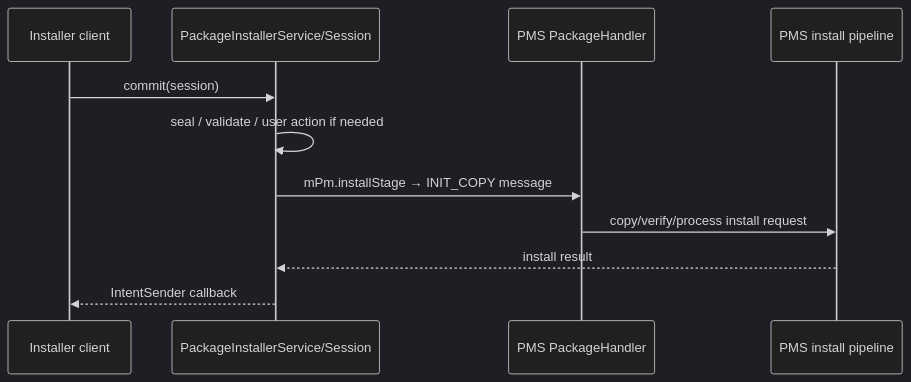
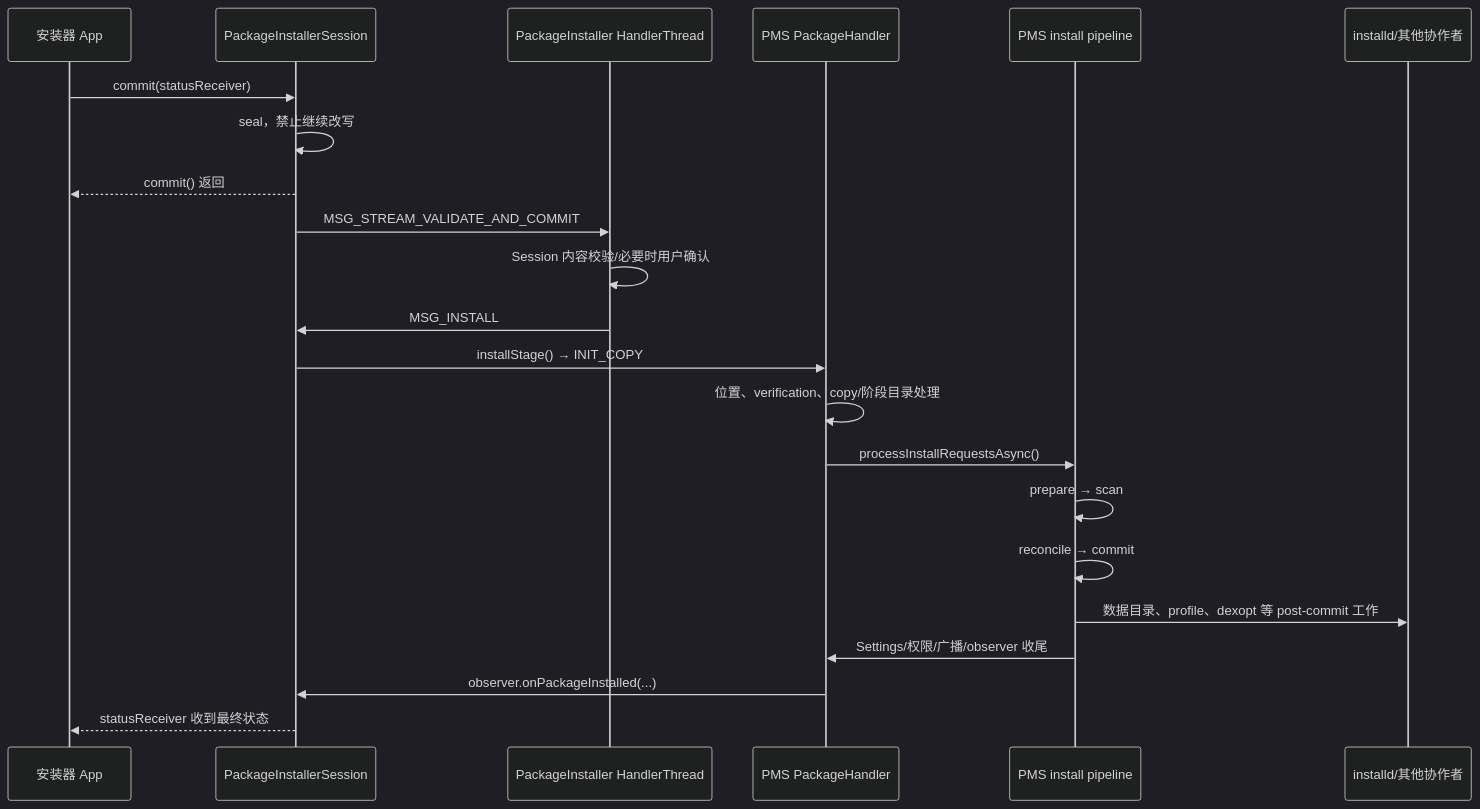
Before and after one commit to junyingzhao001/StudyNotes: the second of 2 diagrams in Android源码学习/13-PackageManagerService包管理与APK安装.md, drawn with Mermaid (dark theme). The commit also changed other lines of this file and 93 other files, not shown here.

````diff
--- a/Android源码学习/13-PackageManagerService包管理与APK安装.md
+++ b/Android源码学习/13-PackageManagerService包管理与APK安装.md
@@ -696,13 +203,25 @@
 ```mermaid
 sequenceDiagram
-    participant C as Installer client
-    participant PIS as PackageInstallerService/Session
-    participant PH as PMS PackageHandler
+    participant App as 安装器 App
+    participant Session as PackageInstallerSession
+    participant PIH as PackageInstaller HandlerThread
+    participant PMSH as PMS PackageHandler
     participant PMS as PMS install pipeline
-    C->>PIS: commit(session)
-    PIS->>PIS: seal / validate / user action if needed
-    PIS->>PH: mPm.installStage → INIT_COPY message
-    PH->>PMS: copy/verify/process install request
-    PMS-->>PIS: install result
-    PIS-->>C: IntentSender callback
+    participant Id as installd/其他协作者
+
+    App->>Session: commit(statusReceiver)
+    Session->>Session: seal，禁止继续改写
+    Session-->>App: commit() 返回
+    Session->>PIH: MSG_STREAM_VALIDATE_AND_COMMIT
+    PIH->>PIH: Session 内容校验/必要时用户确认
+    PIH->>Session: MSG_INSTALL
+    Session->>PMSH: installStage() → INIT_COPY
+    PMSH->>PMSH: 位置、verification、copy/阶段目录处理
+    PMSH->>PMS: processInstallRequestsAsync()
+    PMS->>PMS: prepare → scan
+    PMS->>PMS: reconcile → commit
+    PMS->>Id: 数据目录、profile、dexopt 等 post-commit 工作
+    PMS->>PMSH: Settings/权限/广播/observer 收尾
+    PMSH->>Session: observer.onPackageInstalled(...)
+    Session-->>App: statusReceiver 收到最终状态
 ```
````
